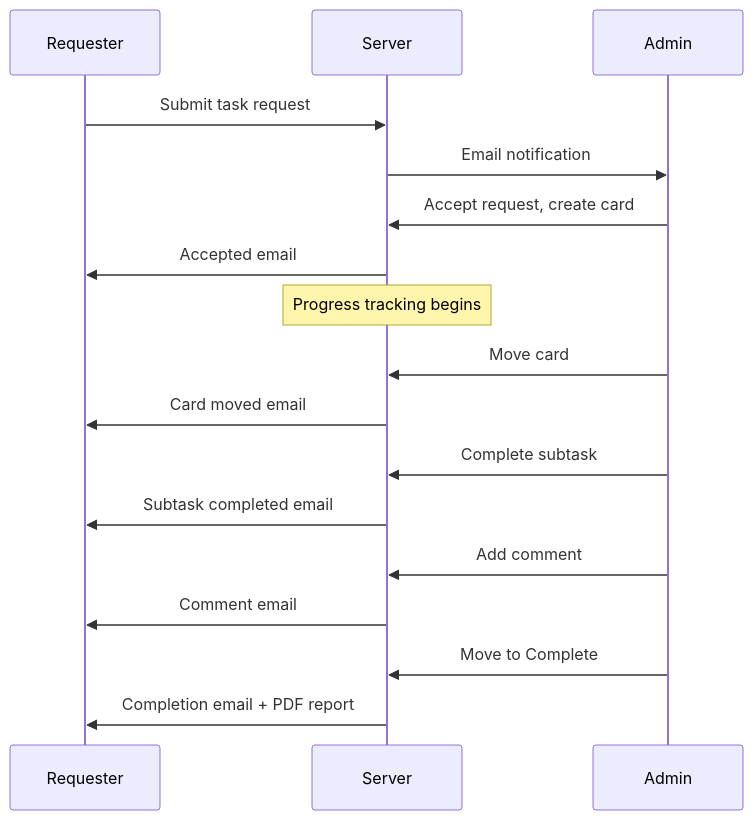
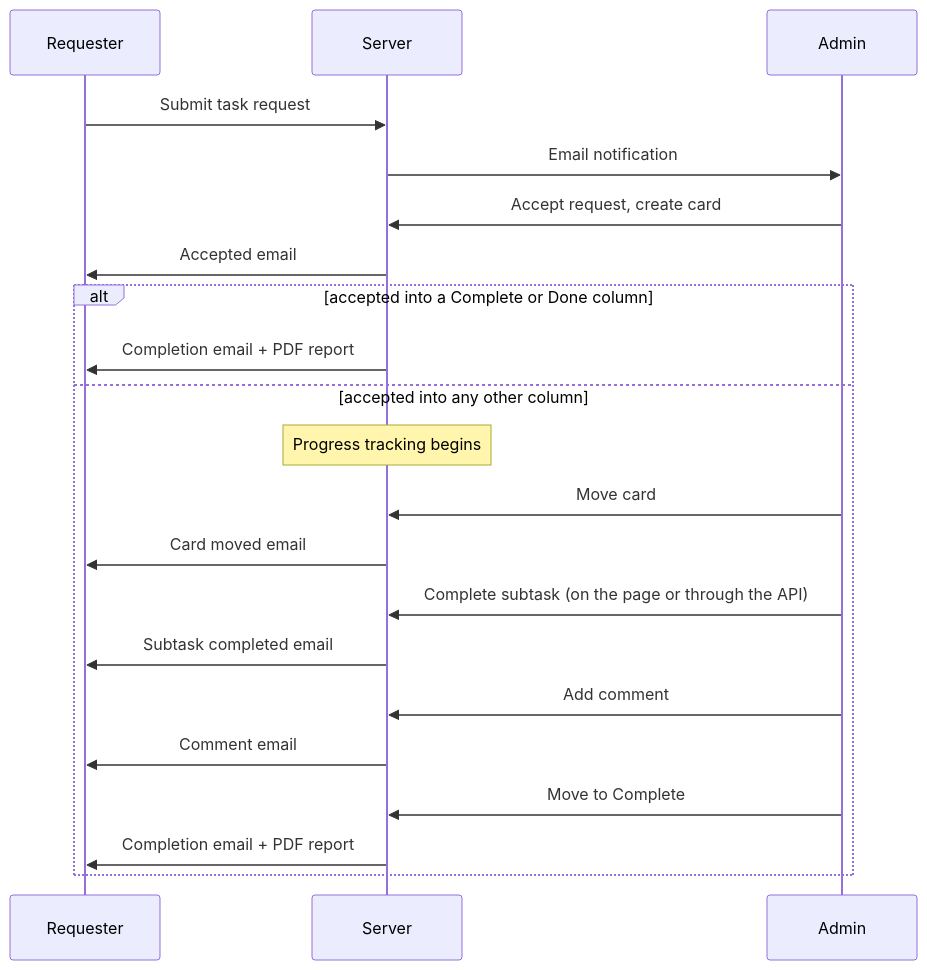
One commit to gitBoon/DumpFire changed the eighth of 12 diagrams in docs/notifications-email.md. Above: the diagram before and after it, drawn with Mermaid. The commit also changed other lines of this file and 317 other files, not shown here.

````diff
--- a/docs/notifications-email.md
+++ b/docs/notifications-email.md
@@ -128,22 +276,26 @@
 ```mermaid
 sequenceDiagram
     participant R as Requester
     participant S as Server
     participant A as Admin
 
     R->>S: Submit task request
     S->>A: Email notification
     A->>S: Accept request, create card
     S->>R: Accepted email
 
-    Note over S: Progress tracking begins
+    alt accepted into a Complete or Done column
+        S->>R: Completion email + PDF report
+    else accepted into any other column
+        Note over S: Progress tracking begins
 
-    A->>S: Move card
-    S->>R: Card moved email
-    A->>S: Complete subtask
-    S->>R: Subtask completed email
-    A->>S: Add comment
-    S->>R: Comment email
-    A->>S: Move to Complete
-    S->>R: Completion email + PDF report
+        A->>S: Move card
+        S->>R: Card moved email
+        A->>S: Complete subtask (on the page or through the API)
+        S->>R: Subtask completed email
+        A->>S: Add comment
+        S->>R: Comment email
+        A->>S: Move to Complete
+        S->>R: Completion email + PDF report
+    end
 ```
````
